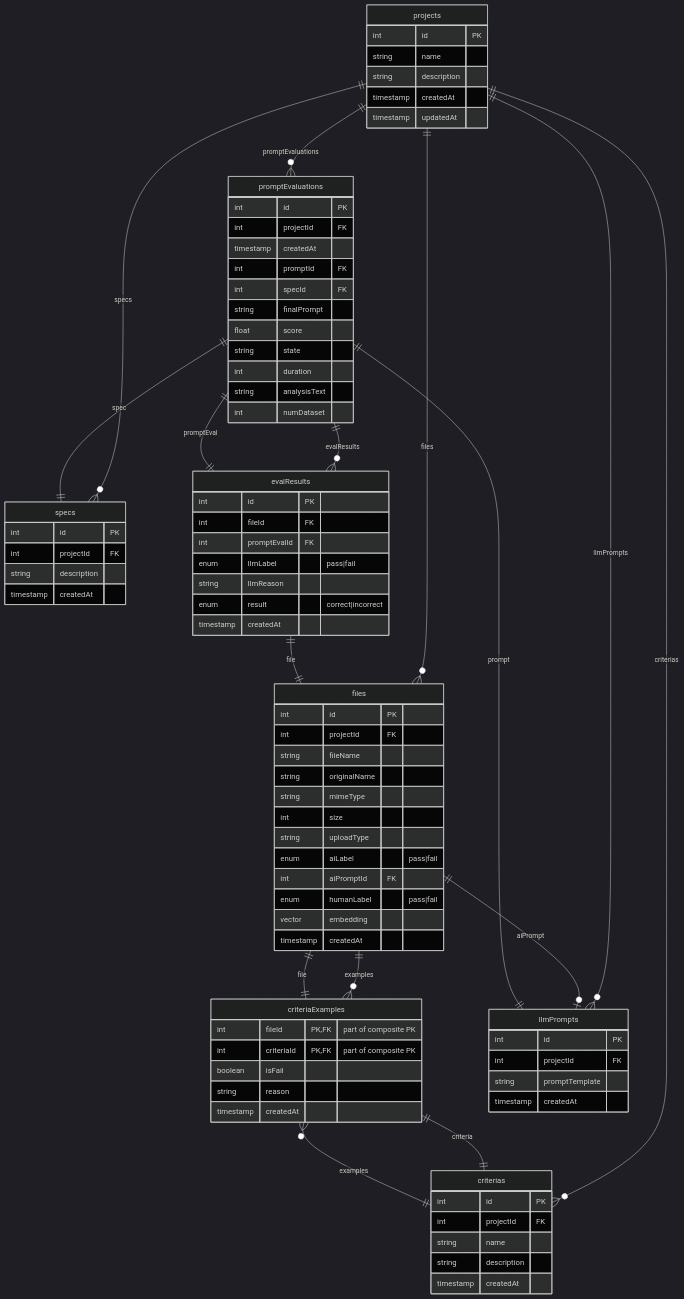
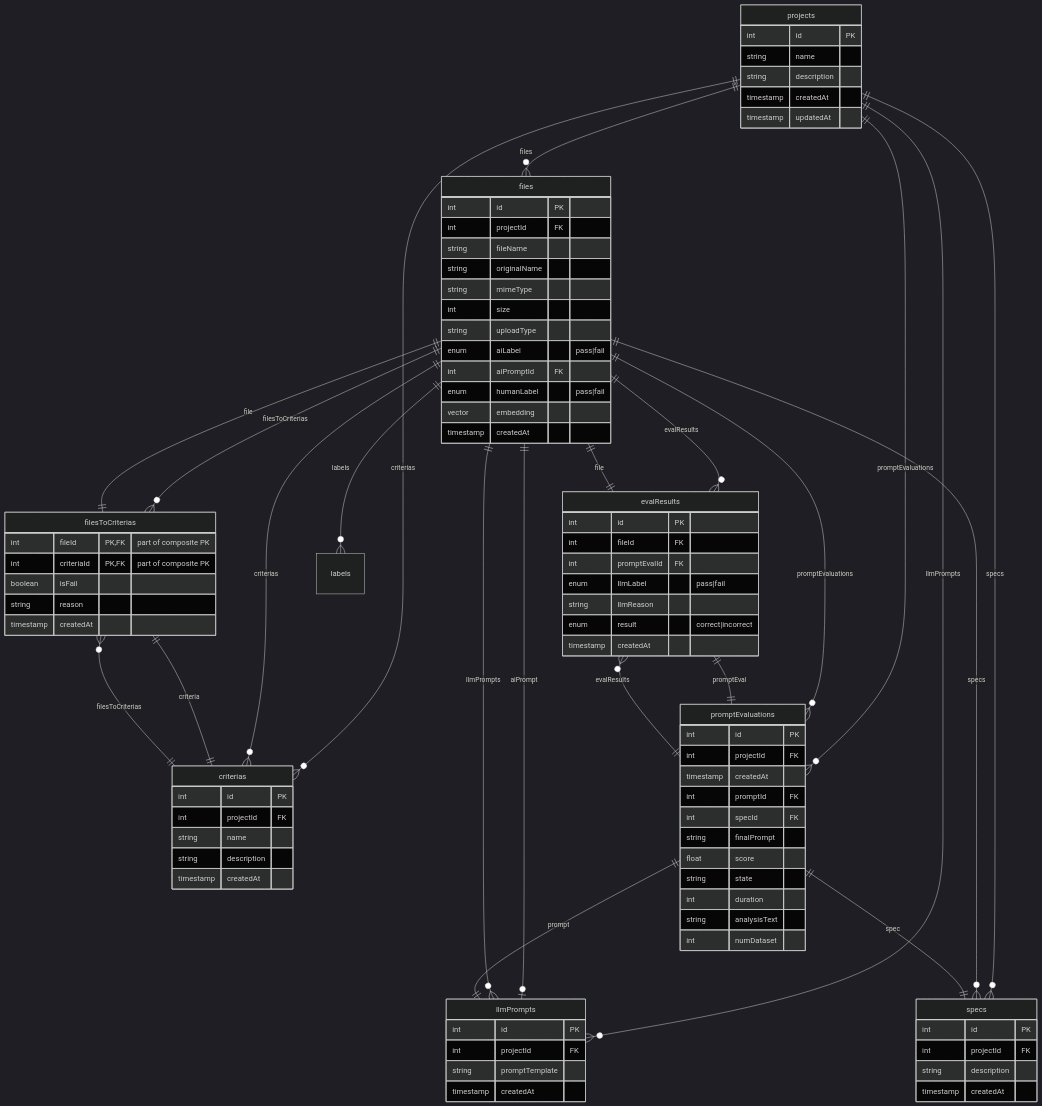
One commit to msrks/llmbox changed the diagram in README.md. Above: the diagram before and after it, drawn with Mermaid (dark theme). The commit also changed 4 other files, not shown here.

First line of the commit message:
Rename criteriaExamples table to filesToCriterias and update related schema

```diff
--- a/README.md
+++ b/README.md
@@ -65,7 +65,7 @@
         string description
         timestamp createdAt
     }
-    criteriaExamples {
+    filesToCriterias {
         int fileId PK,FK "part of composite PK"
         int criteriaId PK,FK "part of composite PK"
         boolean isFail
@@ -107,6 +107,7 @@
         timestamp createdAt
     }
 
+
     projects ||--o{ files : "files"
     projects ||--o{ criterias : "criterias"
     projects ||--o{ llmPrompts : "llmPrompts"
@@ -114,10 +115,18 @@
     projects ||--o{ promptEvaluations : "promptEvaluations"
 
     files ||--o| llmPrompts : "aiPrompt"
-    files ||--o{ criteriaExamples : "examples"
-    criterias ||--o{ criteriaExamples : "examples"
-    criteriaExamples ||--|| files : "file"
-    criteriaExamples ||--|| criterias : "criteria"
+    files ||--o{ filesToCriterias : "filesToCriterias"
+    files ||--o{ evalResults : "evalResults"
+    files ||--o{ labels : "labels"
+    files ||--o{ criterias : "criterias"
+    files ||--o{ llmPrompts : "llmPrompts"
+    files ||--o{ specs : "specs"
+    files ||--o{ promptEvaluations : "promptEvaluations"
+
+    criterias ||--o{ filesToCriterias : "filesToCriterias"
+    filesToCriterias ||--|| files : "file"
+    filesToCriterias ||--|| criterias : "criteria"
+
     promptEvaluations ||--|| llmPrompts : "prompt"
     promptEvaluations ||--|| specs : "spec"
     promptEvaluations ||--o{ evalResults : "evalResults"
```
